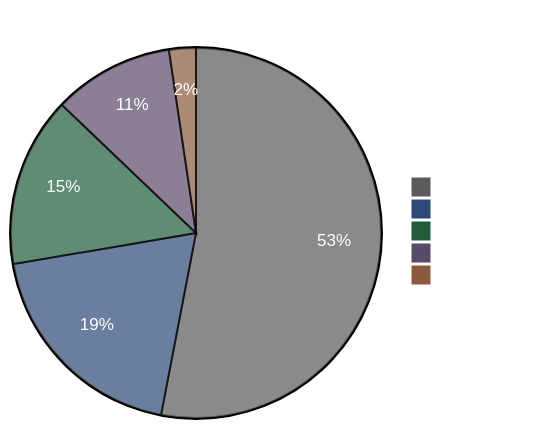
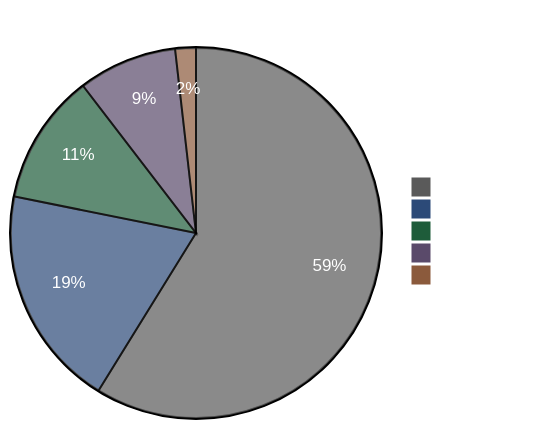
One commit to ShawnBIT/reco-arxiv-daily changed the diagram in README.md. Above: the diagram before and after it, drawn with Mermaid. The commit also changed other lines of this file and 8 other files, not shown here.

````diff
--- a/README.md
+++ b/README.md
@@ -6,19 +6,19 @@
 ```mermaid
 %%{init: {'theme':'base', 'themeVariables': {
   'pie1':'#5a5a5a',
   'pie2':'#2c4a78',
   'pie3':'#1e5c3a',
   'pie4':'#5a4a6a',
   'pie5':'#8b5a3c',
   'pieTitleTextColor':'#ffffff',
   'pieSectionTextColor':'#ffffff',
   'pieLegendTextColor':'#ffffff'
 }}}%%
 pie showData
 title Paper Distribution by Tag
-  "Other" : 272
-  "LLM" : 99
-  "GR" : 76
-  "Seq" : 54
-  "Scaling" : 12
+  "Other" : 587
+  "LLM" : 193
+  "GR" : 114
+  "Seq" : 86
+  "Scaling" : 18
 ```
````
